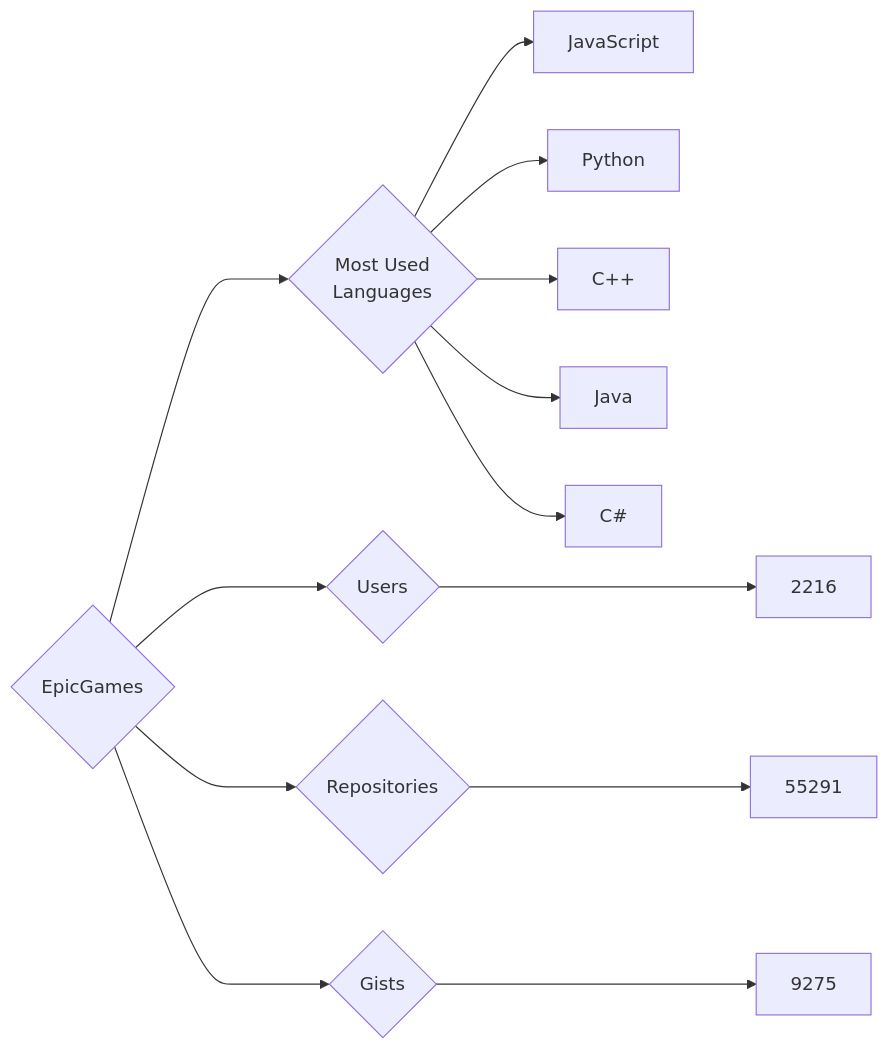
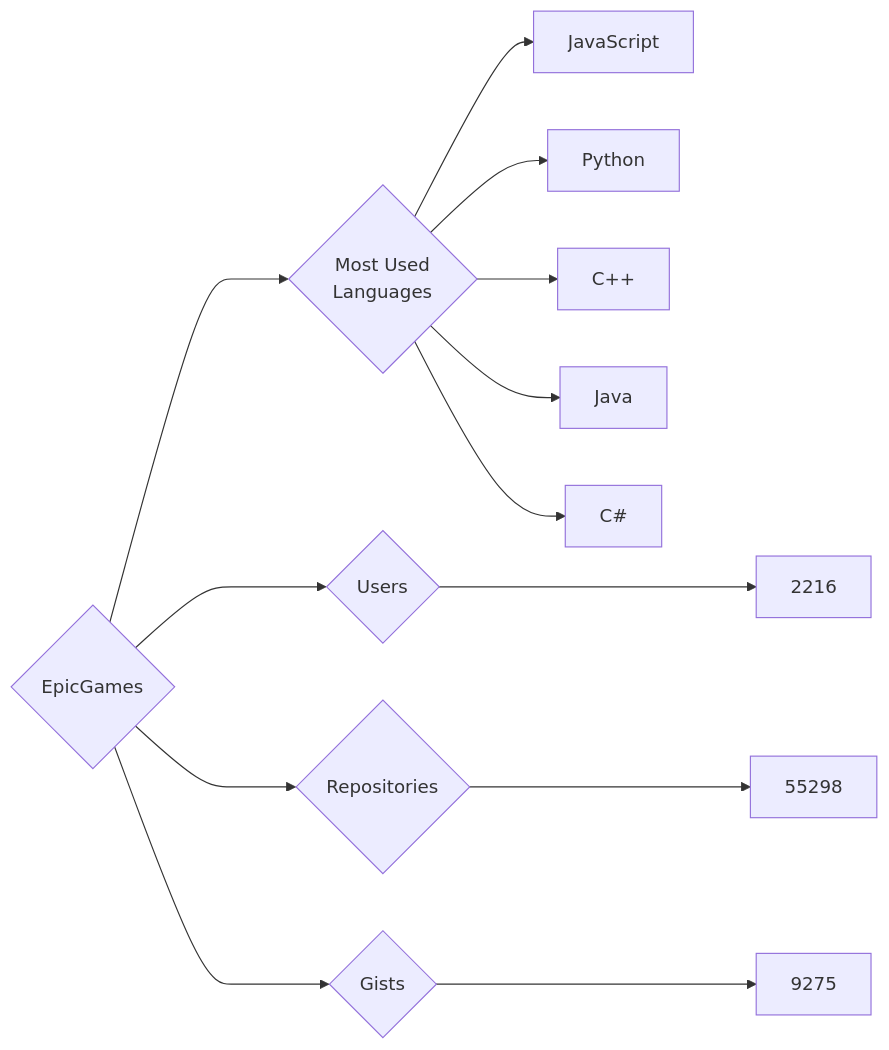
The diagram in targets/EpicGames/README.md (trickest/insiders), drawn with Mermaid before and after one commit. The commit also changed 725 other files, not shown here.

````diff
--- a/targets/EpicGames/README.md
+++ b/targets/EpicGames/README.md
@@ -3,13 +3,13 @@
 ```mermaid
 graph LR
 COMPANY_NAME{EpicGames}
 COMPANY_NAME ---> U{Users} ---> UN[2216]
-COMPANY_NAME ---> R{Repositories} ---> RN[55291]
+COMPANY_NAME ---> R{Repositories} ---> RN[55298]
 COMPANY_NAME ---> G{Gists} ---> GN[9275]
 COMPANY_NAME ---> ML{Most Used<br>Languages}
 ML --> JavaScript[JavaScript]
 ML --> Python[Python]
 ML --> C++[C++]
 ML --> Java[Java]
 ML --> C#[C#]
 ```
````
